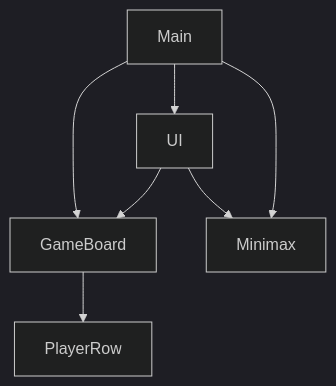
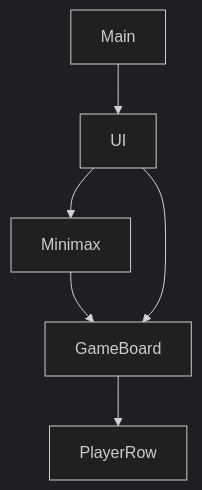
Before and after one commit to hurbios/gomoku: the first of 5 diagrams in documentation/implementation.md, drawn with Mermaid (dark theme).

Commit message:
Minor graph fix

````diff
--- a/documentation/implementation.md
+++ b/documentation/implementation.md
@@ -6,9 +6,8 @@
 ```mermaid
 graph TD;
     Main-->UI;
-    Main-->GameBoard;
     GameBoard-->PlayerRow;
     UI-->Minimax;
-    Main-->Minimax;
+    Minimax-->GameBoard;
     UI-->GameBoard;
 ```
````
